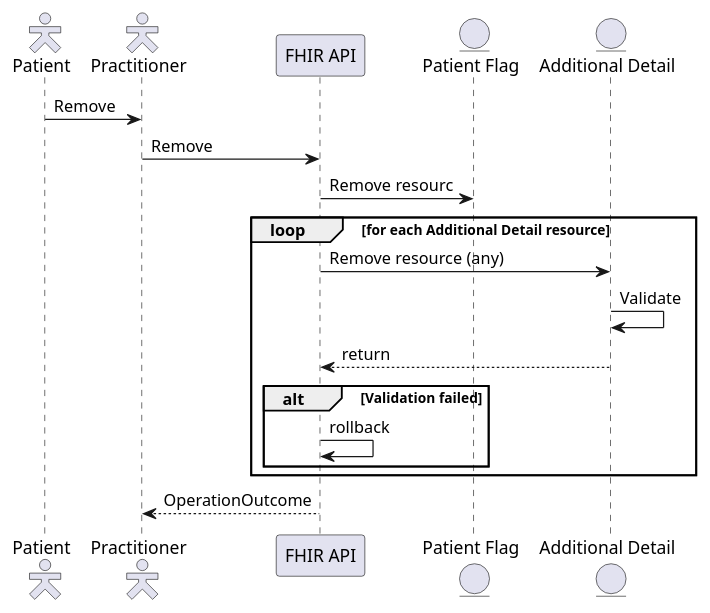
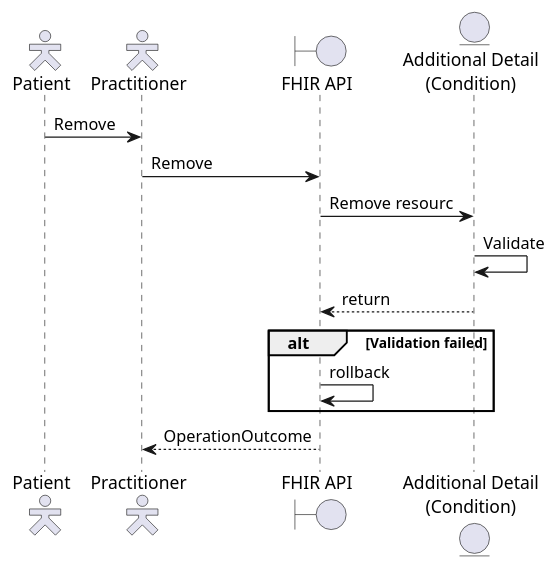
The diagram in input/images-source/remove-ra-condition-sequence.plantuml (NHSDigital/ra-sandbox), drawn with PlantUML before and after one commit. The commit also changed 7 other files, not shown here.

```diff
--- a/input/images-source/remove-ra-condition-sequence.plantuml
+++ b/input/images-source/remove-ra-condition-sequence.plantuml
@@ -1,27 +1,22 @@
 @startuml
 
 skinparam actorStyle hollow
 
 actor        "Patient"          as pat
 actor        "Practitioner"     as pra
-participant  "FHIR API"         as api
-entity       "Patient Flag"     as pfg
-entity       "Additional Detail"  as add
+boundary     "FHIR API"         as api
+entity       "Additional Detail\n(Condition)"  as add
 
   pat ->  pra : Remove
   pra ->  api : Remove
-  api ->  pfg : Remove resourc
+  api ->  add : Remove resourc
   
-
-loop for each Additional Detail resource
-  api ->  add : Remove resource (any)
   add ->  add : Validate
   api <-- add : return
   alt Validation failed
     api -> api : rollback
   end
-end
 
 pra <-- api : OperationOutcome
 
 @enduml
```
